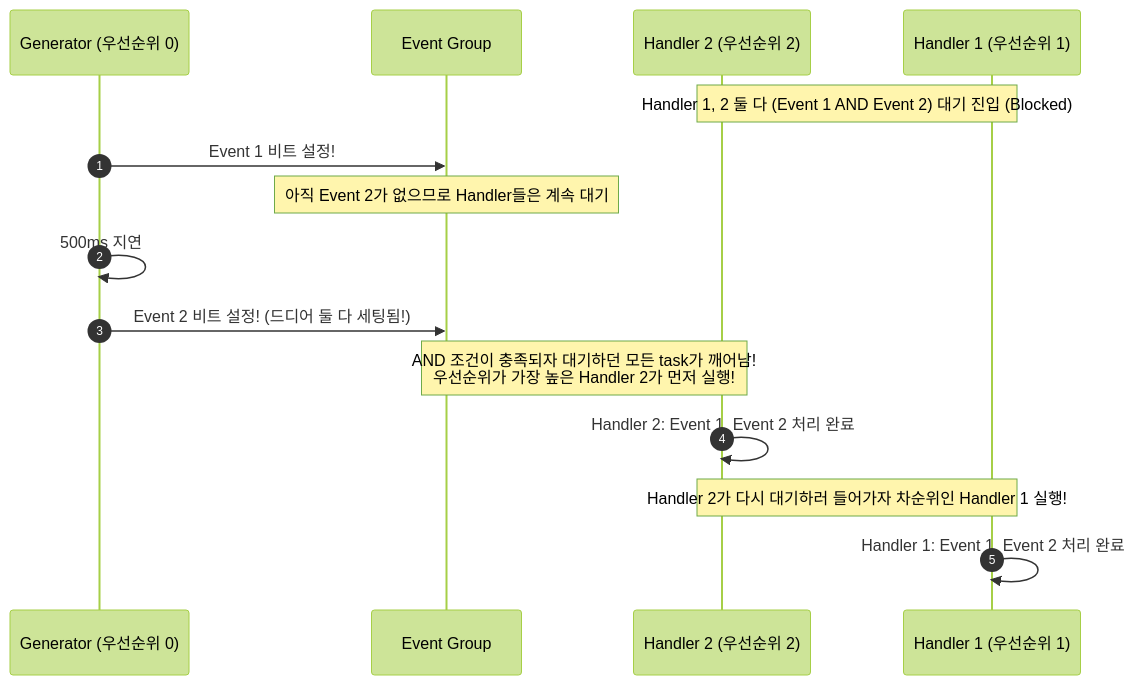
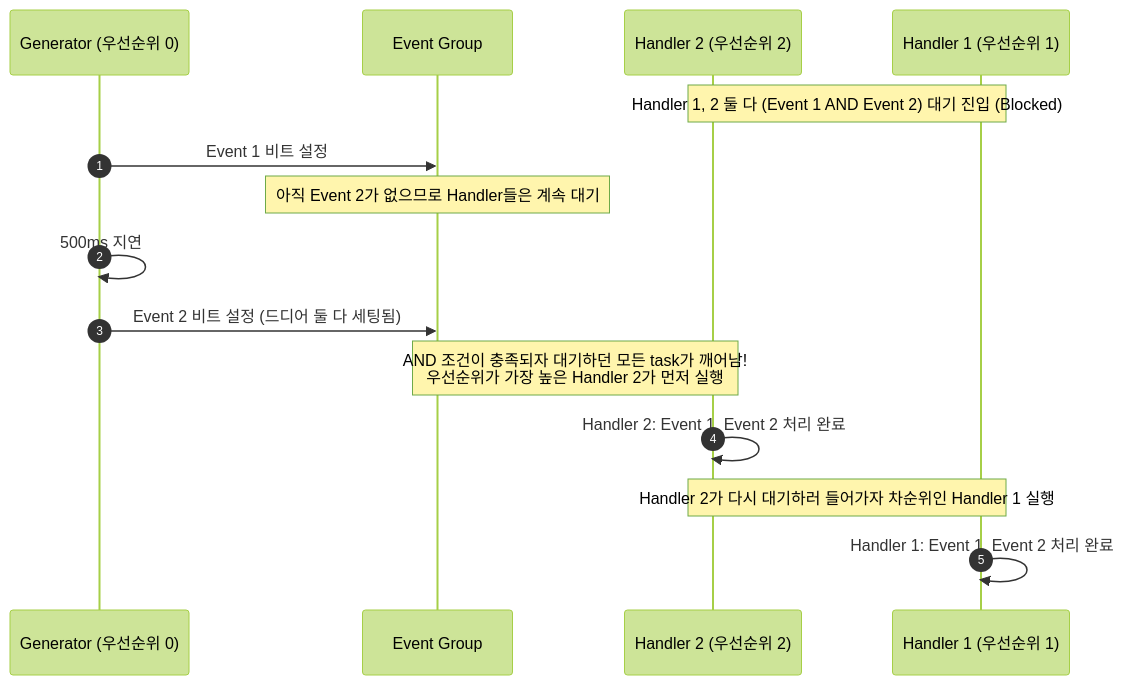
The second of 2 diagrams in ko/guides/tutorial_15.md (yunju-baek/FreeRTOS-Tutorials-ko), drawn with Mermaid (forest theme) before and after one commit. The commit also changed other lines of this file and 37 other files, not shown here.

````diff
--- a/ko/guides/tutorial_15.md
+++ b/ko/guides/tutorial_15.md
@@ -72,18 +74,18 @@
 ```mermaid
 sequenceDiagram
     autonumber
     participant Gen as Generator (우선순위 0)
     participant EG as Event Group
     participant H2 as Handler 2 (우선순위 2)
     participant H1 as Handler 1 (우선순위 1)
 
     Note over H1,H2: Handler 1, 2 둘 다 (Event 1 AND Event 2) 대기 진입 (Blocked)
-    Gen->>EG: Event 1 비트 설정!
+    Gen->>EG: Event 1 비트 설정
     Note over EG: 아직 Event 2가 없으므로 Handler들은 계속 대기
     Gen->>Gen: 500ms 지연
-    Gen->>EG: Event 2 비트 설정! (드디어 둘 다 세팅됨!)
-    Note over EG,H2: AND 조건이 충족되자 대기하던 모든 task가 깨어남!<br/>우선순위가 가장 높은 Handler 2가 먼저 실행!
+    Gen->>EG: Event 2 비트 설정 (드디어 둘 다 세팅됨)
+    Note over EG,H2: AND 조건이 충족되자 대기하던 모든 task가 깨어남!<br/>우선순위가 가장 높은 Handler 2가 먼저 실행
     H2->>H2: Handler 2: Event 1, Event 2 처리 완료
-    Note over H2,H1: Handler 2가 다시 대기하러 들어가자 차순위인 Handler 1 실행!
+    Note over H2,H1: Handler 2가 다시 대기하러 들어가자 차순위인 Handler 1 실행
     H1->>H1: Handler 1: Event 1, Event 2 처리 완료
 ```
````
